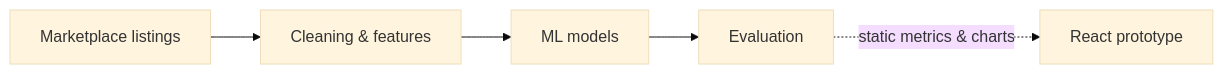
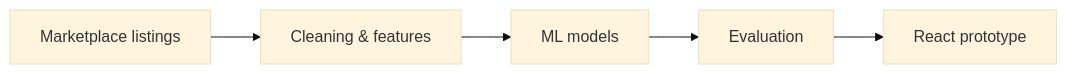
Before and after one commit to NikosMav/worthify-case-study: the diagram in README.md, drawn with Mermaid (base theme). The commit also changed other lines of this file, not shown here.

````diff
--- a/README.md
+++ b/README.md
@@ -17,7 +17,7 @@
 ```mermaid
 flowchart LR
   Listings["Marketplace listings"] --> Prep["Cleaning & features"]
   Prep --> Models["ML models"]
   Models --> Eval["Evaluation"]
-  Eval -. "static metrics & charts" .-> UI["React prototype"]
+  Eval --> UI["React prototype"]
 ```
````
